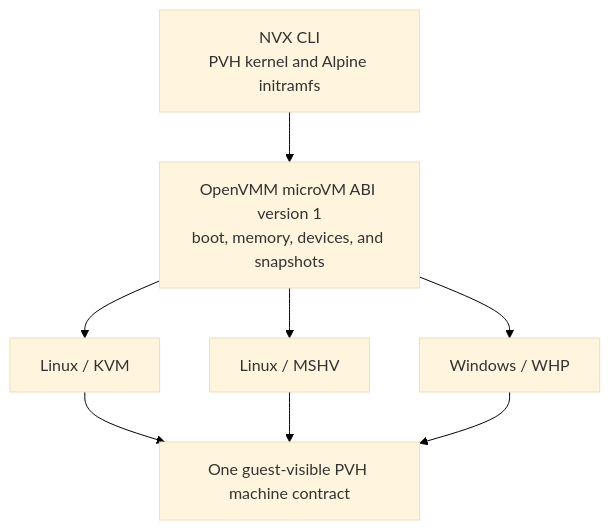
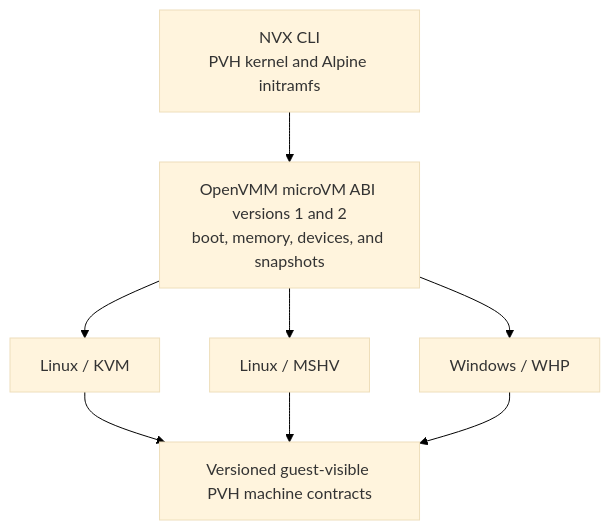
Before and after one commit to microsoft/nvx: the first of 7 diagrams in doc/design.md, drawn with Mermaid. The commit also changed other lines of this file and 3 other files, not shown here.

First line of the commit message:
feat: support ABI-v2 sandbox snapshots

````diff
--- a/doc/design.md
+++ b/doc/design.md
@@ -28,18 +32,18 @@
 ```mermaid
 %%{init: {"theme": "base", "themeVariables": {"background": "#ffffff"}}}%%
 flowchart TB
    Inputs["NVX CLI<br/>PVH kernel and Alpine initramfs"]
-   Profile["OpenVMM microVM ABI version 1<br/>boot, memory, devices, and snapshots"]
+   Profile["OpenVMM microVM ABI versions 1 and 2<br/>boot, memory, devices, and snapshots"]
    Kvm["Linux / KVM"]
    Mshv["Linux / MSHV"]
    Whp["Windows / WHP"]
-   Contract["One guest-visible PVH machine contract"]
+   Contract["Versioned guest-visible PVH machine contracts"]
 
    Inputs --> Profile
    Profile --> Kvm
    Profile --> Mshv
    Profile --> Whp
    Kvm --> Contract
    Mshv --> Contract
    Whp --> Contract
 ```
````
